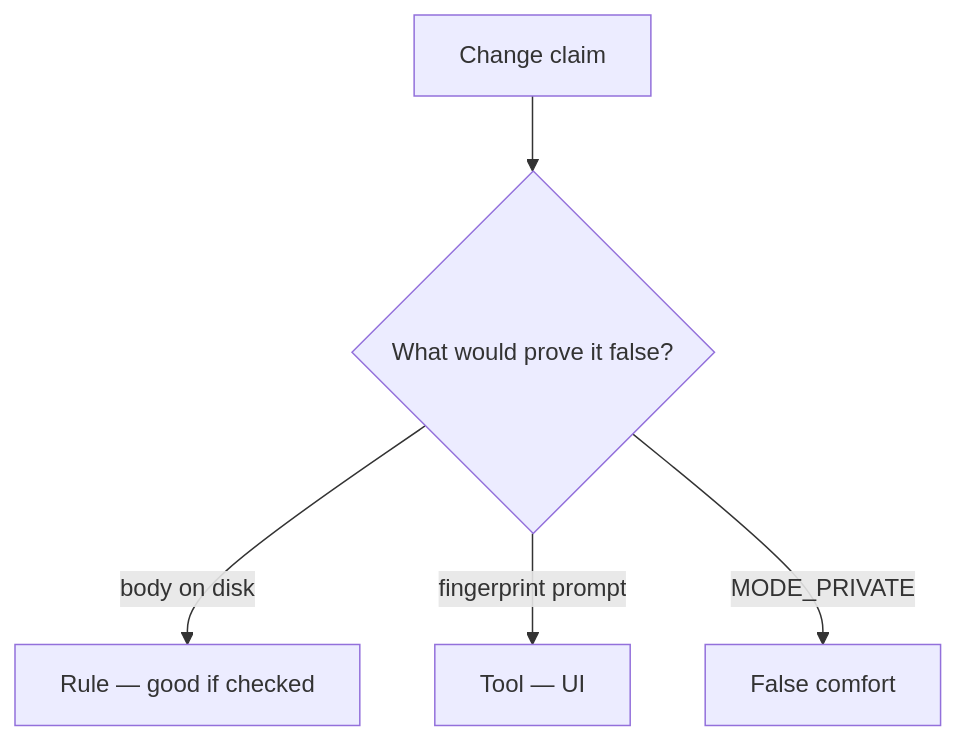
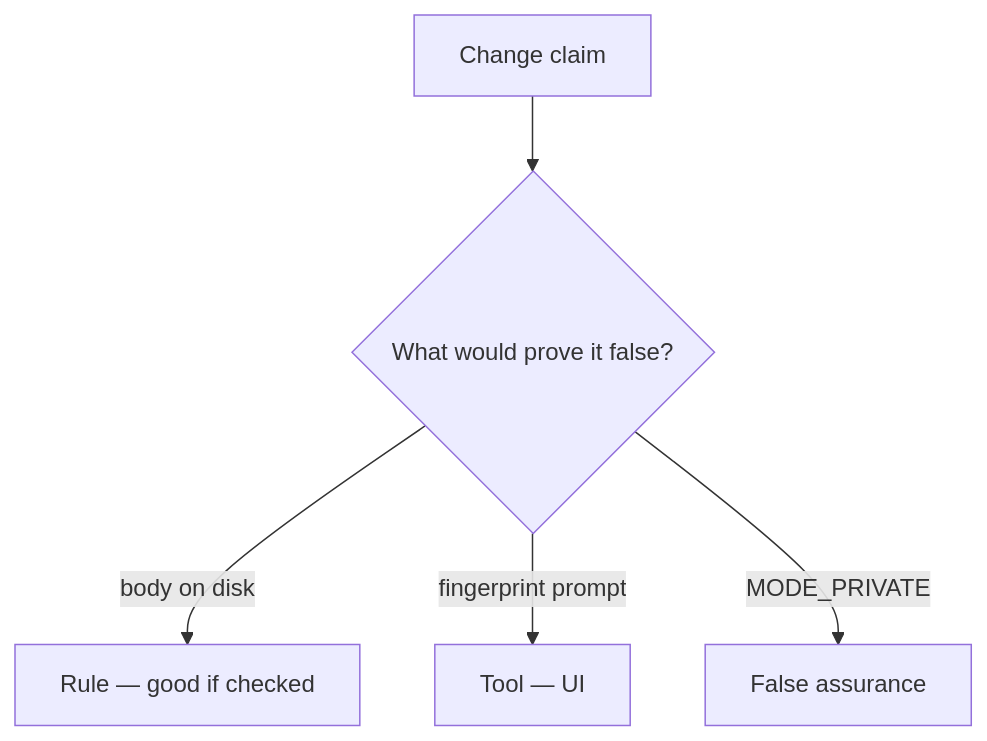
One commit to ishitvagoel/LearnSecurity changed the diagram in content/modules/8/8.2/lessons/08-review.md. Above: the diagram before and after it, drawn with Mermaid. The commit also changed other lines of this file and 240 other files, not shown here.

````diff
--- a/content/modules/8/8.2/lessons/08-review.md
+++ b/content/modules/8/8.2/lessons/08-review.md
@@ -18,7 +18,7 @@
 ```mermaid
 flowchart TD
   Claim[Change claim] --> Q{"What would prove it false?"}
   Q -->|body on disk| Property["Rule — good if checked"]
   Q -->|fingerprint prompt| Mechanism[Tool — UI]
-  Q -->|MODE_PRIVATE| False[False comfort]
+  Q -->|MODE_PRIVATE| False[False assurance]
 ```
````
